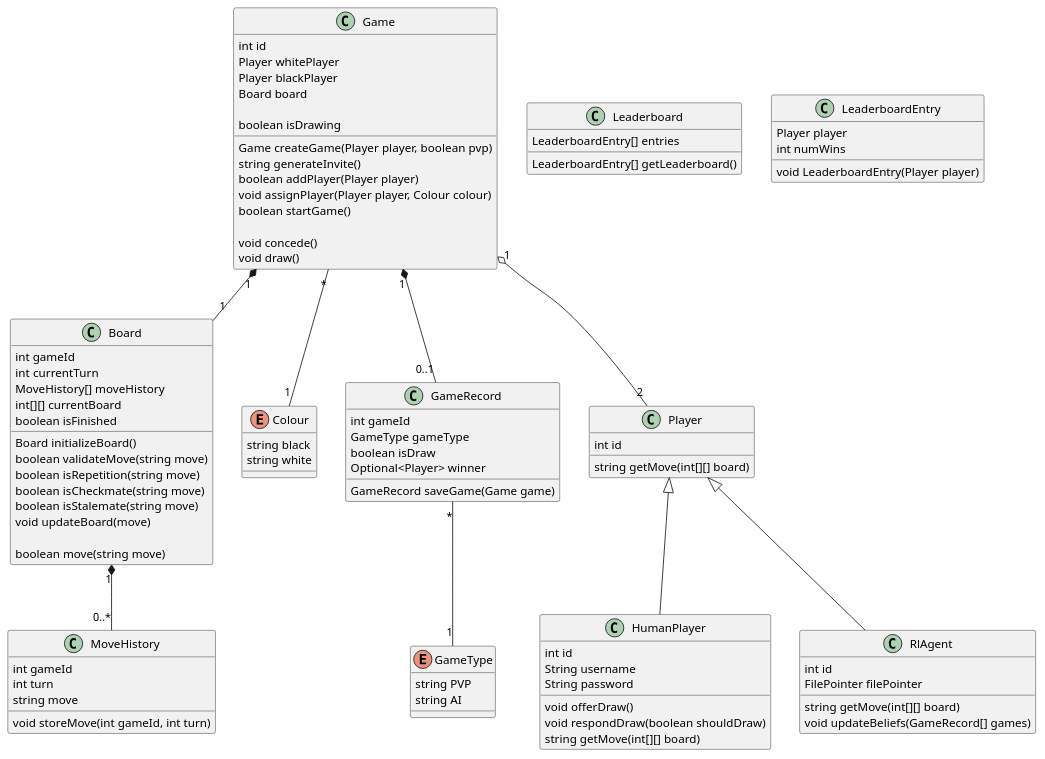
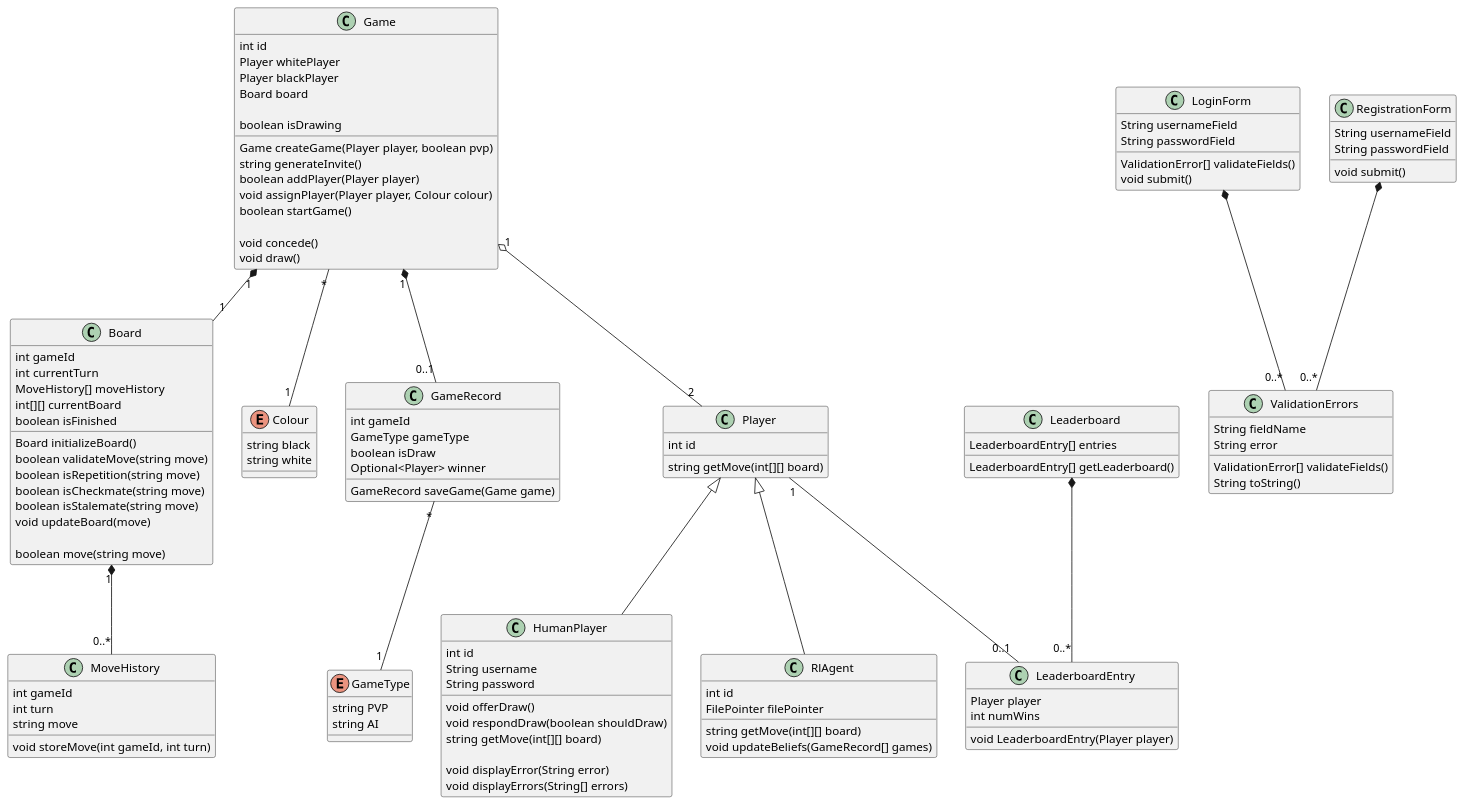
The diagram in docs/preliminary_design_diagrams/classdiagram.puml (ECE493-W22-G04/rl-chess), drawn with PlantUML before and after one commit.

Commit message:
Add registration + login classes

```diff
--- a/docs/preliminary_design_diagrams/classdiagram.puml
+++ b/docs/preliminary_design_diagrams/classdiagram.puml
@@ -1,117 +1,150 @@
 @startuml Class Diagram
 
 class Board {
   int gameId
   int currentTurn
   MoveHistory[] moveHistory
   int[][] currentBoard
   boolean isFinished
 
   Board initializeBoard()
   boolean validateMove(string move)
   boolean isRepetition(string move)
   boolean isCheckmate(string move)
   boolean isStalemate(string move)
   void updateBoard(move)
 
   boolean move(string move)
 }
 
 class MoveHistory {
   int gameId
   int turn
   string move
 
   void storeMove(int gameId, int turn)
 }
 
 Board "1" *-- "0..*" MoveHistory
 
 class Game {
   int id
   Player whitePlayer
   Player blackPlayer
   Board board
   
   boolean isDrawing
 
   Game createGame(Player player, boolean pvp)
   string generateInvite()
   boolean addPlayer(Player player)
   void assignPlayer(Player player, Colour colour)
   boolean startGame()
 
   void concede()
   void draw()
 }
 
 enum Colour {
     string black
     string white
 }
 
 Game "*" -- "1" Colour
 
 Game "1" *-- "1" Board
 
 class GameRecord {
   int gameId
   GameType gameType
   boolean isDraw
   Optional<Player> winner
   
   GameRecord saveGame(Game game)
 }
 
 enum GameType {
   string PVP
   string AI
 }
 
 GameRecord "*" -- "1" GameType
 
 class Player {
   int id
 
   string getMove(int[][] board)
 }
 
 class HumanPlayer {
   int id
   String username
   String password
 
   void offerDraw()
   void respondDraw(boolean shouldDraw)
   string getMove(int[][] board)
+
+  void displayError(String error)
+  void displayErrors(String[] errors)
 }
 
 class RlAgent {
   int id
   FilePointer filePointer
 
   string getMove(int[][] board)
   void updateBeliefs(GameRecord[] games)
 }
 
 Game "1" o-- "2" Player
 
 Player <|-- RlAgent
 Player <|-- HumanPlayer
 
 Game "1" *-- "0..1" GameRecord
 
 class Leaderboard {
   LeaderboardEntry[] entries
 
   LeaderboardEntry[] getLeaderboard()
 }
 
 class LeaderboardEntry {
   Player player
   int numWins
 
   void LeaderboardEntry(Player player)
 }
 
+Player "1" -- "0..1" LeaderboardEntry
+
+Leaderboard *-- "0..*" LeaderboardEntry
+
+class LoginForm {
+  String usernameField
+  String passwordField
+
+  ValidationError[] validateFields()
+  void submit()
+}
+
+class RegistrationForm {
+  String usernameField
+  String passwordField
+
+  void submit()
+}
+
+class ValidationErrors {
+  String fieldName
+  String error
+
+  ValidationError[] validateFields()
+  String toString()
+}
+
+LoginForm *-- "0..*" ValidationErrors
+RegistrationForm *-- "0..*" ValidationErrors
+
 @enduml
```
